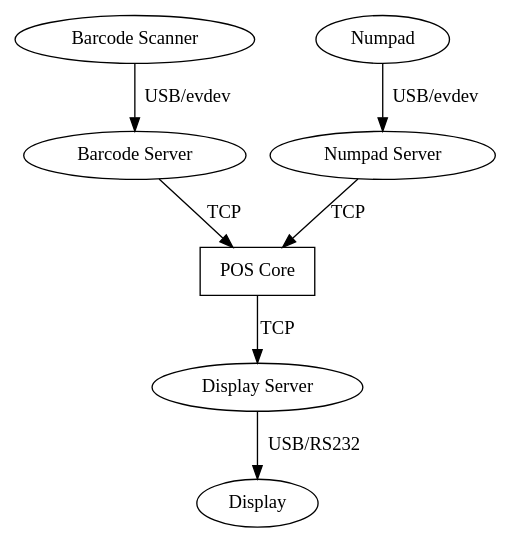
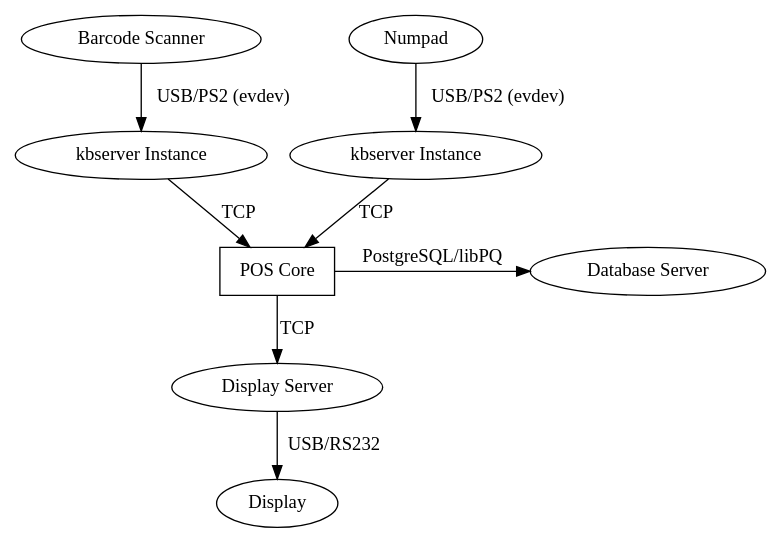
The diagram in system.dot (fsmi/garfield-pos), drawn with Graphviz before and after one commit. The commit also changed 1 other file, not shown here.

```diff
--- a/system.dot
+++ b/system.dot
@@ -1,23 +1,25 @@
 digraph G {
 	BC [label="Barcode Scanner"];
 	Num [label="Numpad"];
 	VFD [label="Display"];
 
 	POS [label="POS Core", shape=box];
-	BCD [label="Barcode Server"];
-	NumD [label="Numpad Server"];
+	BCD [label="kbserver Instance"];
+	NumD [label="kbserver Instance"];
 	OutD [label="Display Server"];
 
-#	DB [label="Database Server"];
+	DB [label="Database Server"];
 
-	BC -> BCD [label="USB/evdev"];
-	Num -> NumD [label="USB/evdev"];
+	BC -> BCD [label="USB/PS2 (evdev)"];
+	Num -> NumD [label="USB/PS2 (evdev)"];
 
 	BCD -> POS [label="TCP"];
 	NumD -> POS [label="TCP"];
 
-#	POS -> DB [label="PostgreSQL"];
+	POS -> DB [label="PostgreSQL/libPQ"];
 	POS -> OutD [label="TCP"];
 	
 	OutD -> VFD [label="USB/RS232"];
+
+	{rank=same; DB; POS;}
 }
```
